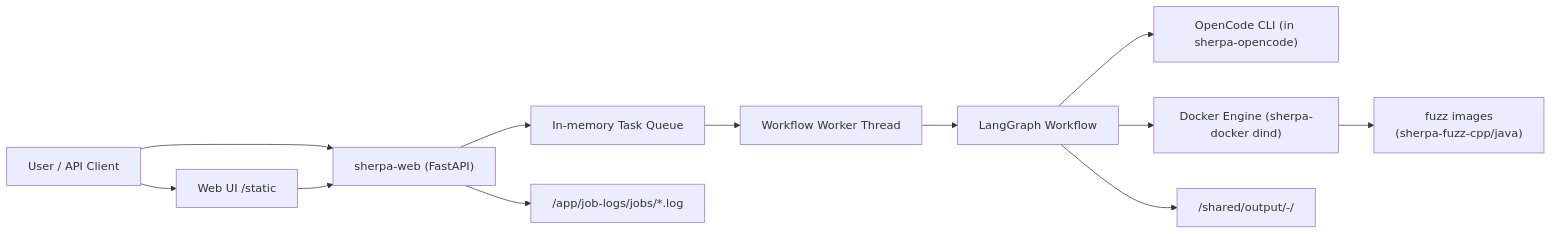
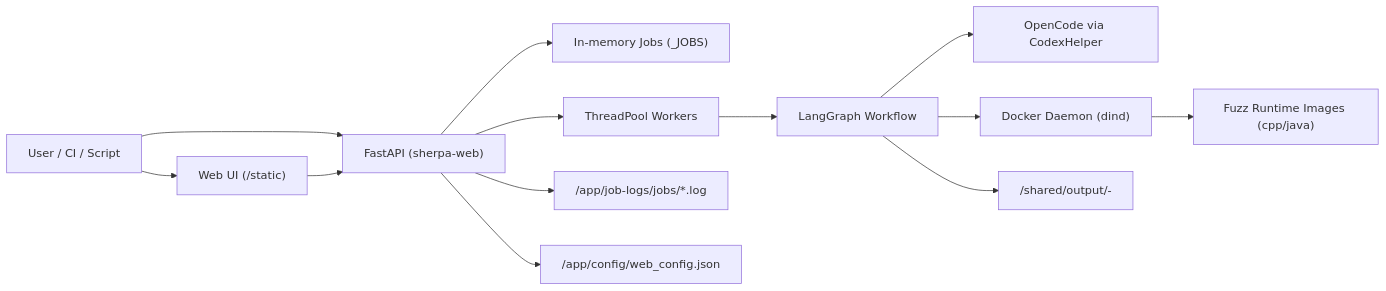
One commit to ZUENS2020/Sherpa changed the first of 10 diagrams in README.md. Above: the diagram before and after it, drawn with Mermaid. The commit also changed other lines of this file, not shown here.

````diff
--- a/README.md
+++ b/README.md
@@ -19,14 +45,18 @@
 ```mermaid
 flowchart LR
-  User["User / API Client"] --> API["sherpa-web (FastAPI)"]
-  API --> Queue["In-memory Task Queue"]
-  Queue --> Worker["Workflow Worker Thread"]
-  Worker --> WG["LangGraph Workflow"]
-  WG --> OC["OpenCode CLI (in sherpa-opencode)"]
-  WG --> DKR["Docker Engine (sherpa-docker dind)"]
-  DKR --> IMG["fuzz images\n(sherpa-fuzz-cpp/java)"]
-  WG --> OUT["/shared/output/<repo>-<id>/"]
-  API --> LOG["/app/job-logs/jobs/*.log"]
-  User --> UI["Web UI /static"]
+  User["User / CI / Script"] --> UI["Web UI (/static)"]
+  User --> API["FastAPI (sherpa-web)"]
   UI --> API
+
+  API --> Jobs["In-memory Jobs (_JOBS)"]
+  API --> Worker["ThreadPool Workers"]
+  Worker --> WF["LangGraph Workflow"]
+
+  WF --> OC["OpenCode via CodexHelper"]
+  WF --> Docker["Docker Daemon (dind)"]
+  Docker --> Runtime["Fuzz Runtime Images (cpp/java)"]
+
+  WF --> Output["/shared/output/<repo>-<id>"]
+  API --> Logs["/app/job-logs/jobs/*.log"]
+  API --> Config["/app/config/web_config.json"]
 ```
````
